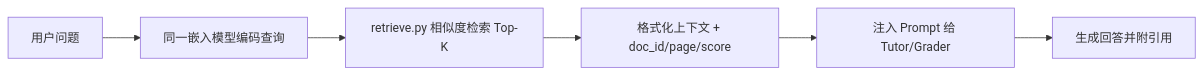
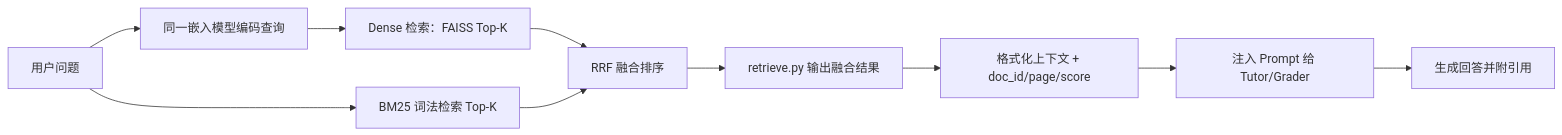
One commit to Eric-he-cn/course-pilot changed the second of 5 diagrams in docs/ARCHITECTURE.md. Above: the diagram before and after it, drawn with Mermaid. The commit also changed other lines of this file and 13 other files, not shown here.

````diff
--- a/docs/ARCHITECTURE.md
+++ b/docs/ARCHITECTURE.md
@@ -75,8 +75,12 @@
 ```mermaid
 flowchart LR
     Q[用户问题] --> QE[同一嵌入模型编码查询]
-    QE --> R[retrieve.py 相似度检索 Top-K]
+    QE --> D[Dense 检索：FAISS Top-K]
+    Q --> B[BM25 词法检索 Top-K]
+    D --> F[RRF 融合排序]
+    B --> F
+    F --> R[retrieve.py 输出融合结果]
     R --> X[格式化上下文 + doc_id/page/score]
     X --> LLM[注入 Prompt 给 Tutor/Grader]
     LLM --> OUT[生成回答并附引用]
 ```
````
